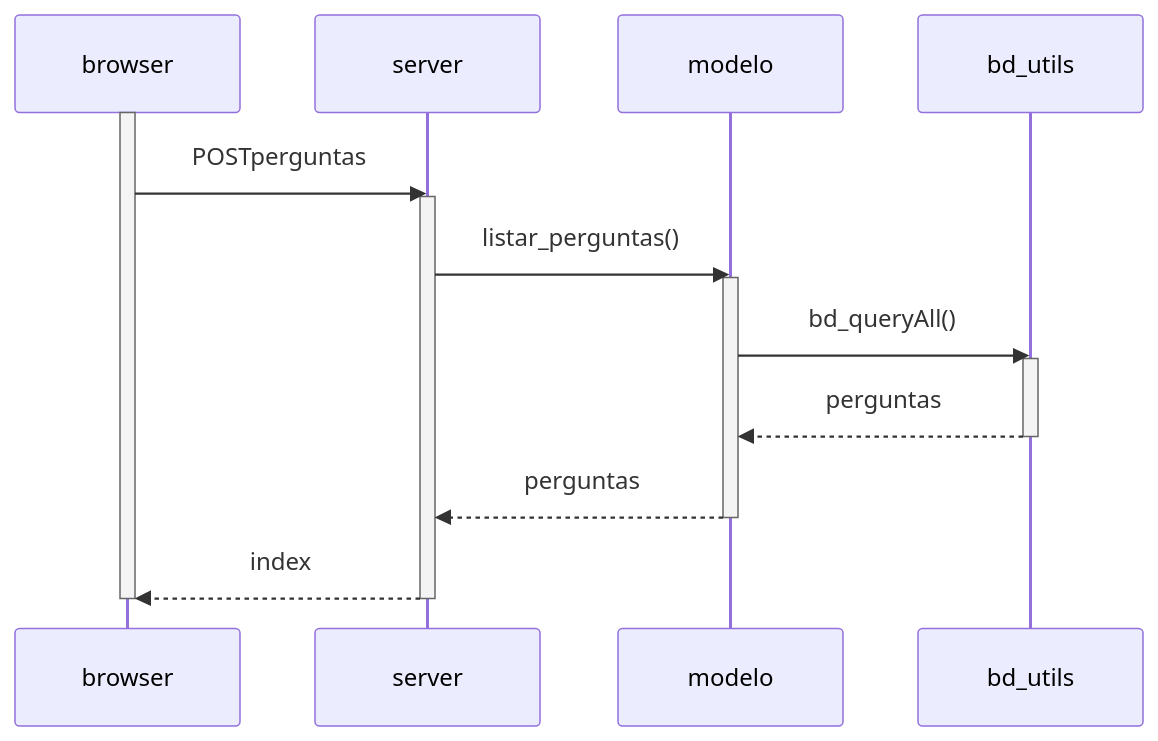
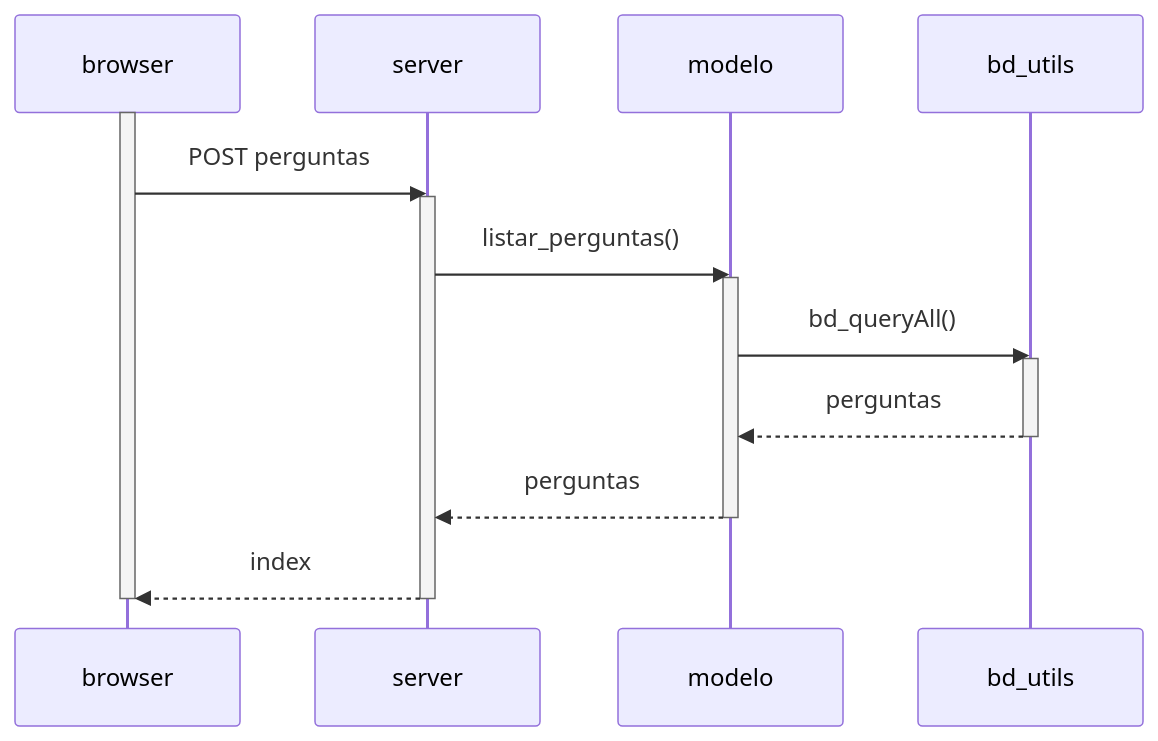
Before and after one commit to mtov/esmforum: the diagram in docs/uml.md, drawn with Mermaid.

````diff
--- a/docs/uml.md
+++ b/docs/uml.md
@@ -2,17 +2,17 @@
 ```mermaid
     sequenceDiagram
         activate browser
-	browser->>server: POSTperguntas 
+	browser->>server: POST perguntas 
         activate server
         server->>modelo: listar_perguntas()
         activate modelo
         modelo->>bd_utils: bd_queryAll()
         activate bd_utils
         bd_utils-->>modelo: perguntas
         deactivate bd_utils
         modelo-->>server: perguntas
         deactivate modelo
 	server-->>browser: index
 	deactivate server
 	deactivate browser
 ```	
````
